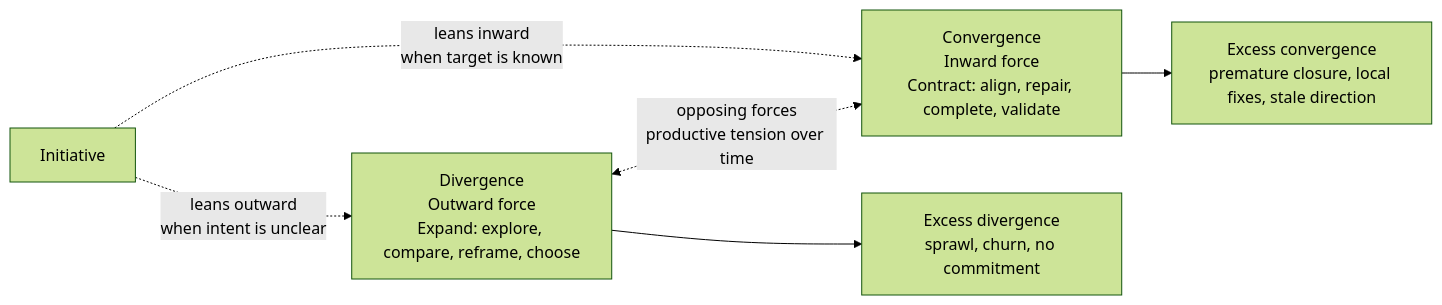
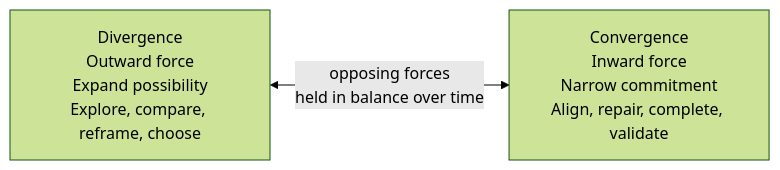
The second of 11 diagrams in README.md (pnewsam/skills), drawn with Mermaid (forest theme) before and after one commit.

Commit message:
Simplify

````diff
--- a/README.md
+++ b/README.md
@@ -24,8 +24,4 @@
 ```mermaid
 flowchart LR
-    D["Divergence<br/>Outward force<br/>Expand: explore, compare, reframe, choose"] <-.->|"opposing forces<br/>productive tension over time"| C["Convergence<br/>Inward force<br/>Contract: align, repair, complete, validate"]
-    I["Initiative"] -.->|"leans outward<br/>when intent is unclear"| D
-    I -.->|"leans inward<br/>when target is known"| C
-    D --> DE["Excess divergence<br/>sprawl, churn, no commitment"]
-    C --> CE["Excess convergence<br/>premature closure, local fixes, stale direction"]
+    D["Divergence<br/>Outward force<br/>Expand possibility<br/>Explore, compare, reframe, choose"] <-->|"opposing forces<br/>held in balance over time"| C["Convergence<br/>Inward force<br/>Narrow commitment<br/>Align, repair, complete, validate"]
 ```
````
